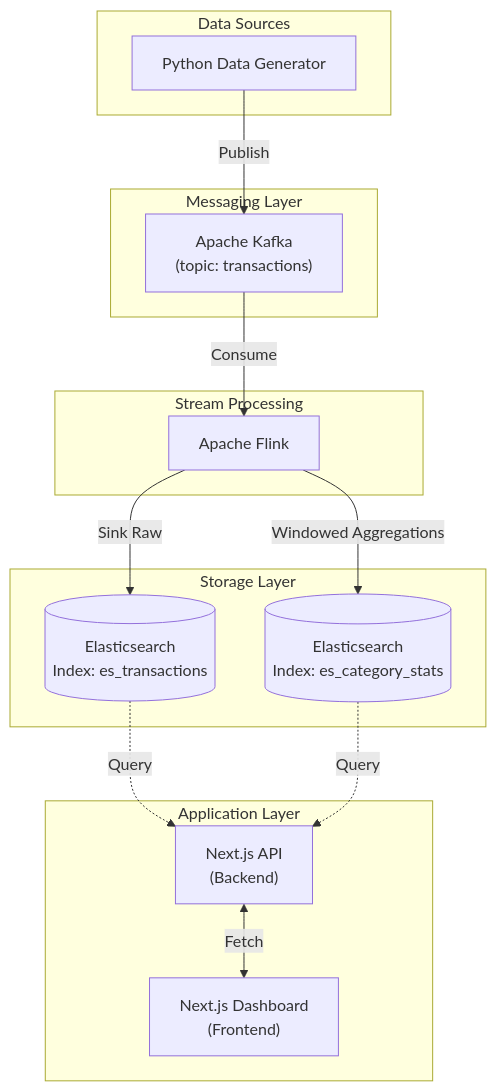
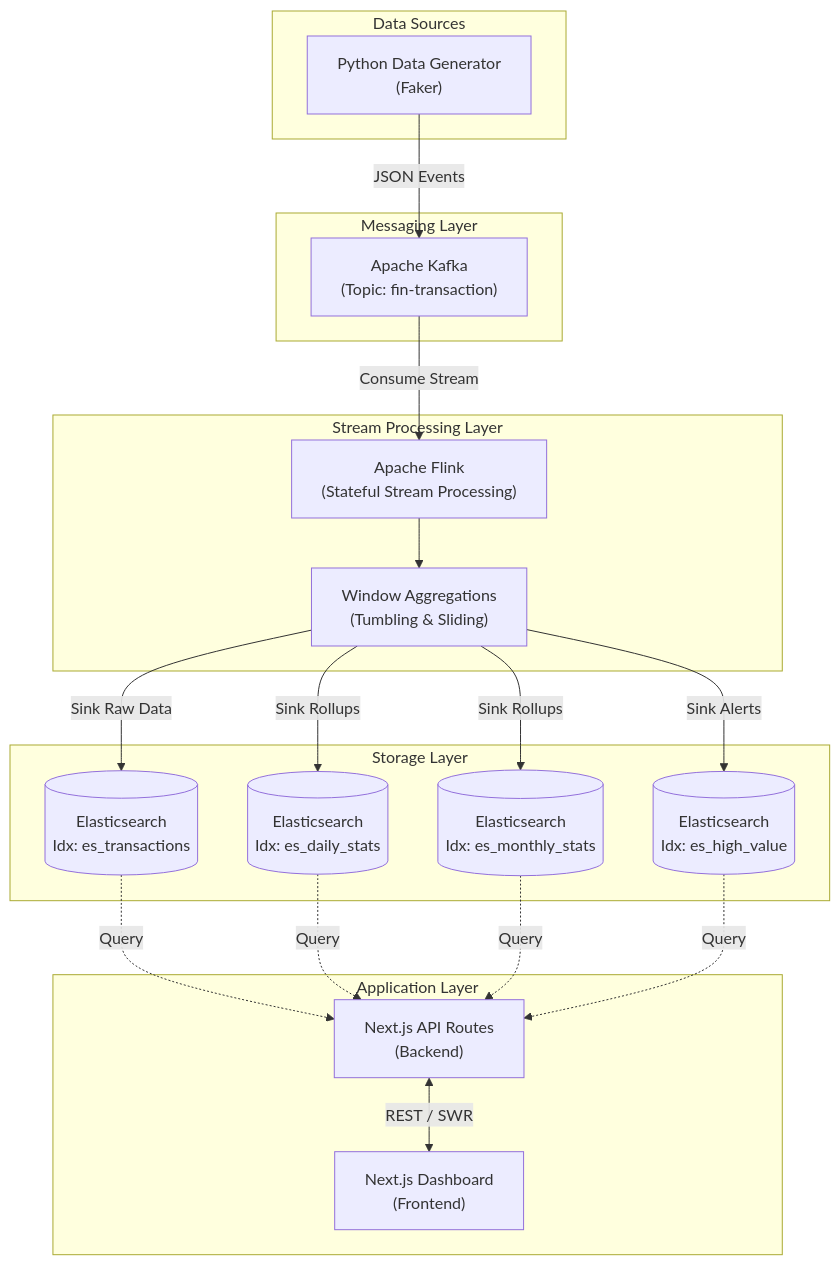
One commit to paudelsagar/finpulse changed the diagram in README.md. Above: the diagram before and after it, drawn with Mermaid. The commit also changed other lines of this file and 16 other files, not shown here.

````diff
--- a/README.md
+++ b/README.md
@@ -9,32 +9,42 @@
 ```mermaid
 graph TD
     subgraph "Data Sources"
-        DG["Python Data Generator"]
+        DG["Python Data Generator<br/>(Faker)"]
     end
 
     subgraph "Messaging Layer"
-        K["Apache Kafka<br/>(topic: transactions)"]
+        K["Apache Kafka<br/>(Topic: fin-transaction)"]
     end
 
-    subgraph "Stream Processing"
-        F["Apache Flink"]
+    subgraph "Stream Processing Layer"
+        F["Apache Flink<br/>(Stateful Stream Processing)"]
+        W["Window Aggregations<br/>(Tumbling & Sliding)"]
+        F --> W
     end
 
     subgraph "Storage Layer"
-        ES1[("Elasticsearch<br/>Index: es_transactions")]
-        ES2[("Elasticsearch<br/>Index: es_category_stats")]
+        ES1[("Elasticsearch<br/>Idx: es_transactions")]
+        ES2[("Elasticsearch<br/>Idx: es_daily_stats")]
+        ES3[("Elasticsearch<br/>Idx: es_monthly_stats")]
+        ES4[("Elasticsearch<br/>Idx: es_high_value")]
     end
 
     subgraph "Application Layer"
-        API["Next.js API<br/>(Backend)"]
+        API["Next.js API Routes<br/>(Backend)"]
         UI["Next.js Dashboard<br/>(Frontend)"]
     end
 
-    DG -->|Publish| K
-    K -->|Consume| F
-    F -->|Sink Raw| ES1
-    F -->|Windowed Aggregations| ES2
+    DG -->|JSON Events| K
+    K -->|Consume Stream| F
+    W -->|Sink Raw Data| ES1
+    W -->|Sink Rollups| ES2
+    W -->|Sink Rollups| ES3
+    W -->|Sink Alerts| ES4
+    
     ES1 -.->|Query| API
     ES2 -.->|Query| API
-    API <-->|Fetch| UI
+    ES3 -.->|Query| API
+    ES4 -.->|Query| API
+    
+    API <-->|REST / SWR| UI
 ```
````
